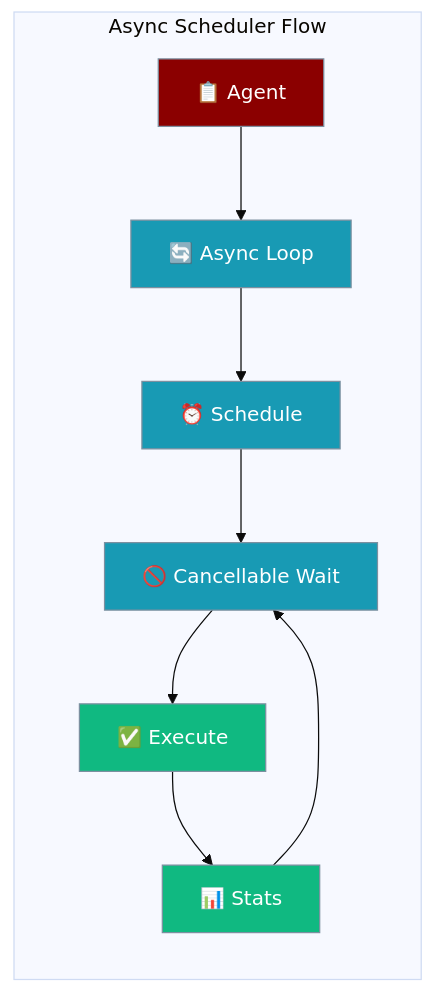
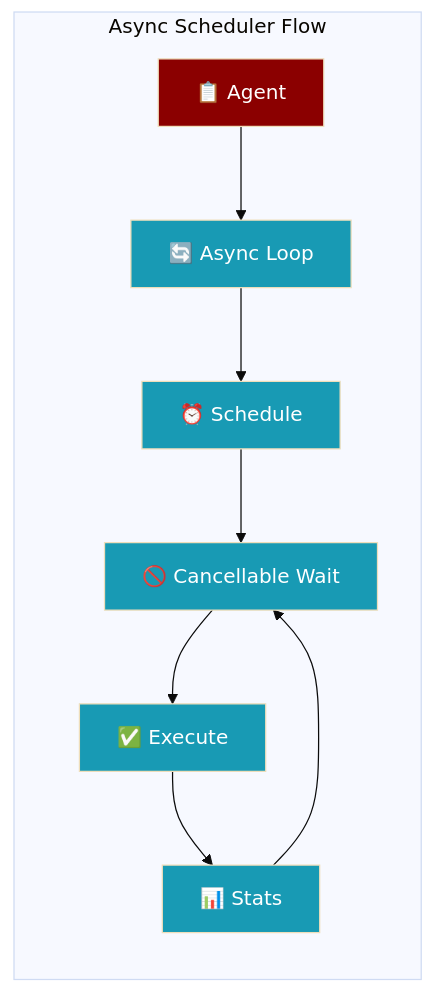
One commit to MervinPraison/PraisonAIDocs changed the first of 3 diagrams in docs/features/async-scheduler.mdx. Above: the diagram before and after it, drawn with Mermaid (base theme). The commit also changed 24 other files, not shown here.

````diff
--- a/docs/features/async-scheduler.mdx
+++ b/docs/features/async-scheduler.mdx
@@ -10,19 +10,17 @@
 ```mermaid
 graph LR
     subgraph "Async Scheduler Flow"
         A[📋 Agent] --> B[🔄 Async Loop]
         B --> C[⏰ Schedule]
         C --> D[🚫 Cancellable Wait]
         D --> E[✅ Execute]
         E --> F[📊 Stats]
         F --> D
     end
     
-    classDef agent fill:#8B0000,stroke:#7C90A0,color:#fff
-    classDef process fill:#189AB4,stroke:#7C90A0,color:#fff
-    classDef result fill:#10B981,stroke:#7C90A0,color:#fff
+    classDef agent fill:#8B0000,color:#fff
+    classDef tool fill:#189AB4,color:#fff
     
     class A agent
-    class B,C,D process
-    class E,F result
+    class B,C,D,E,F tool
 ```
````
